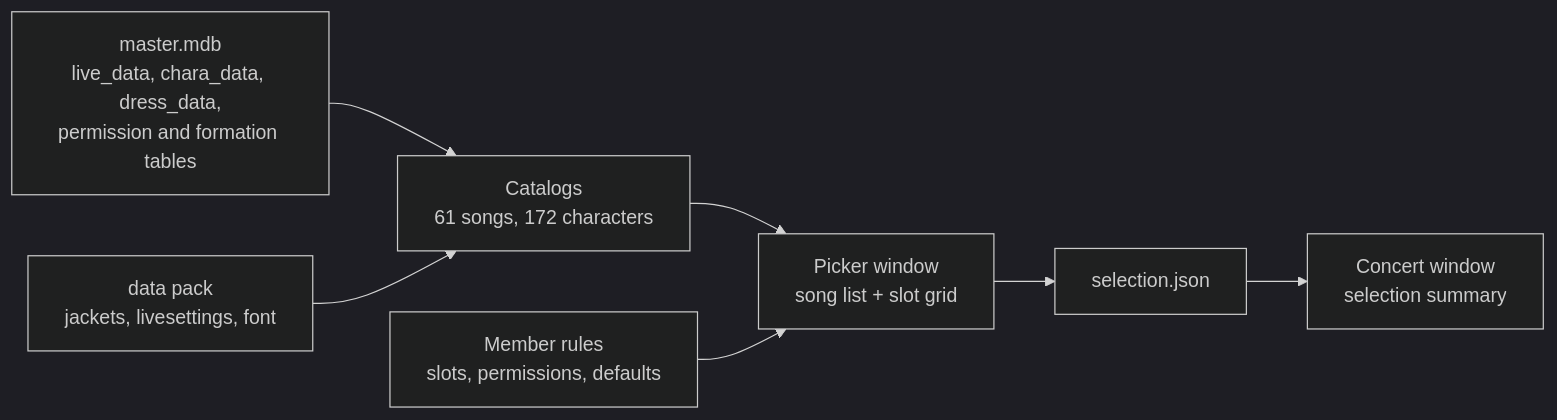
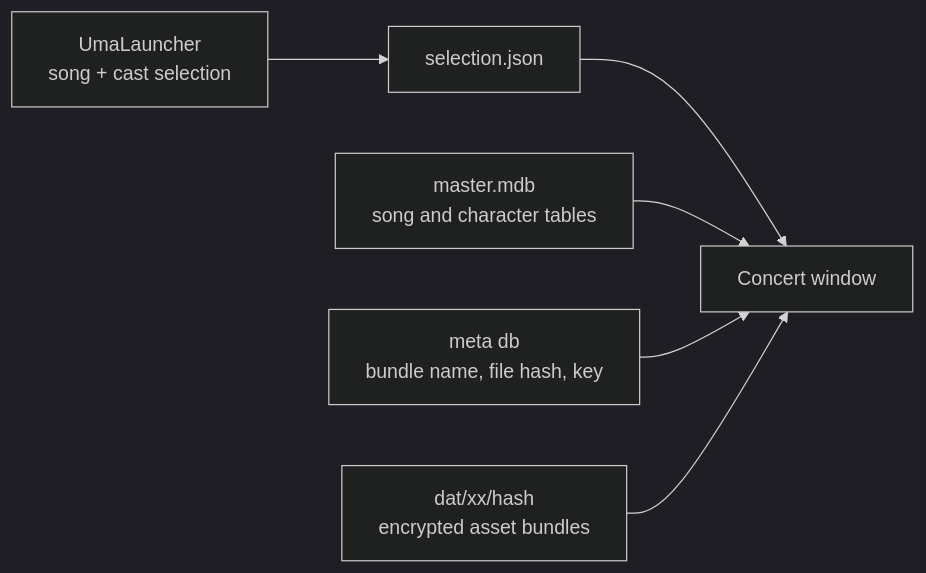
Before and after one commit to totallynotbrent/UV2: the diagram in README.md, drawn with Mermaid (dark theme). The commit also changed other lines of this file and 38 other files, not shown here.

Commit message:
show jackets and portraits in the launcher and make the concert window adapt its layout to the window size

````diff
--- a/README.md
+++ b/README.md
@@ -48,17 +48,14 @@
 ```mermaid
 flowchart LR
-    master[master.mdb<br/>live_data, chara_data, dress_data,<br/>permission and formation tables]
-    pack[data pack<br/>jackets, livesettings, font]
-    catalog[Catalogs<br/>61 songs, 172 characters]
-    rules[Member rules<br/>slots, permissions, defaults]
-    picker[Picker window<br/>song list + slot grid]
-    concert[Concert window<br/>selection summary]
+    launcher[UmaLauncher<br/>song + cast selection]
     json[selection.json]
+    master[master.mdb<br/>song and character tables]
+    meta[meta db<br/>bundle name, file hash, key]
+    dat[dat/xx/hash<br/>encrypted asset bundles]
+    concert[Concert window]
 
-    master --> catalog
-    pack --> catalog
-    catalog --> picker
-    rules --> picker
-    picker --> json
-    json --> concert
+    launcher --> json --> concert
+    master --> concert
+    meta --> concert
+    dat --> concert
 ```
````
